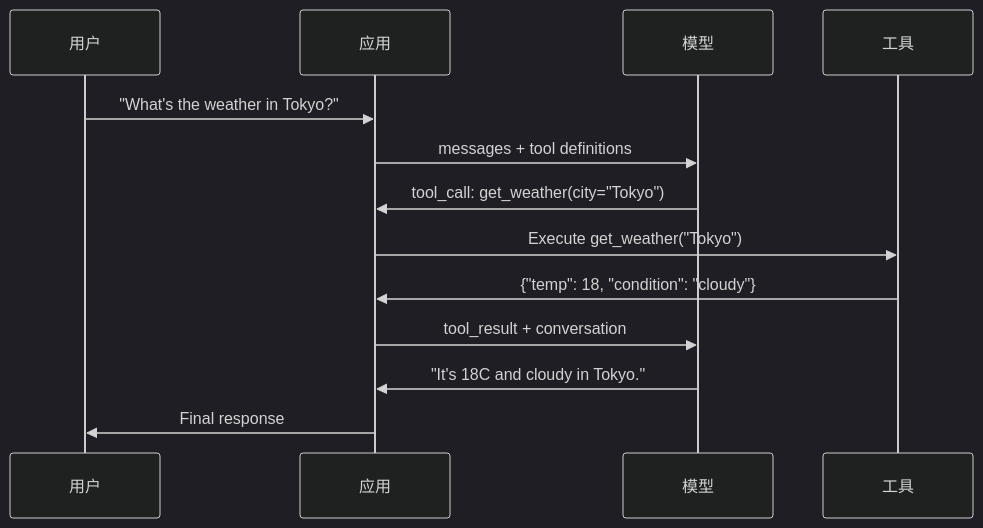
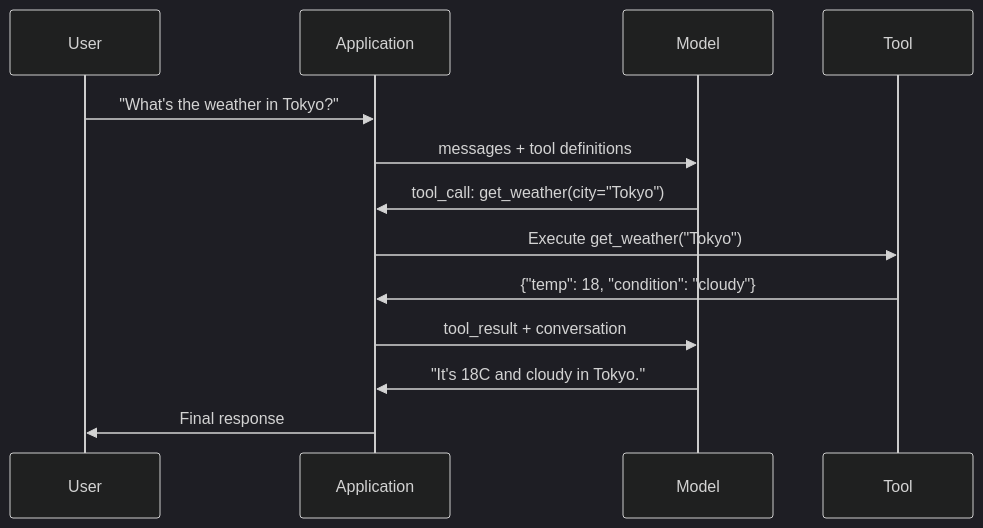
The diagram in i18n/zh/phases/11-llm-engineering/09-function-calling/docs/zh.md (xiaojiaenen/ai-engineering-from-scratch-zh), drawn with Mermaid (dark theme) before and after one commit. The commit also changed other lines of this file and 17 other files, not shown here.

````diff
--- a/i18n/zh/phases/11-llm-engineering/09-function-calling/docs/zh.md
+++ b/i18n/zh/phases/11-llm-engineering/09-function-calling/docs/zh.md
@@ -38,16 +38,16 @@
 ```mermaid
 sequenceDiagram
-    participant U as 用户
-    participant A as 应用
-    participant M as 模型
-    participant T as 工具
+    participant U as User
+    participant A as Application
+    participant M as Model
+    participant T as Tool
 
     U->>A: "What's the weather in Tokyo?"
     A->>M: messages + tool definitions
     M->>A: tool_call: get_weather(city="Tokyo")
     A->>T: Execute get_weather("Tokyo")
     T->>A: {"temp": 18, "condition": "cloudy"}
     A->>M: tool_result + conversation
     M->>A: "It's 18C and cloudy in Tokyo."
     A->>U: Final response
 ```
````
